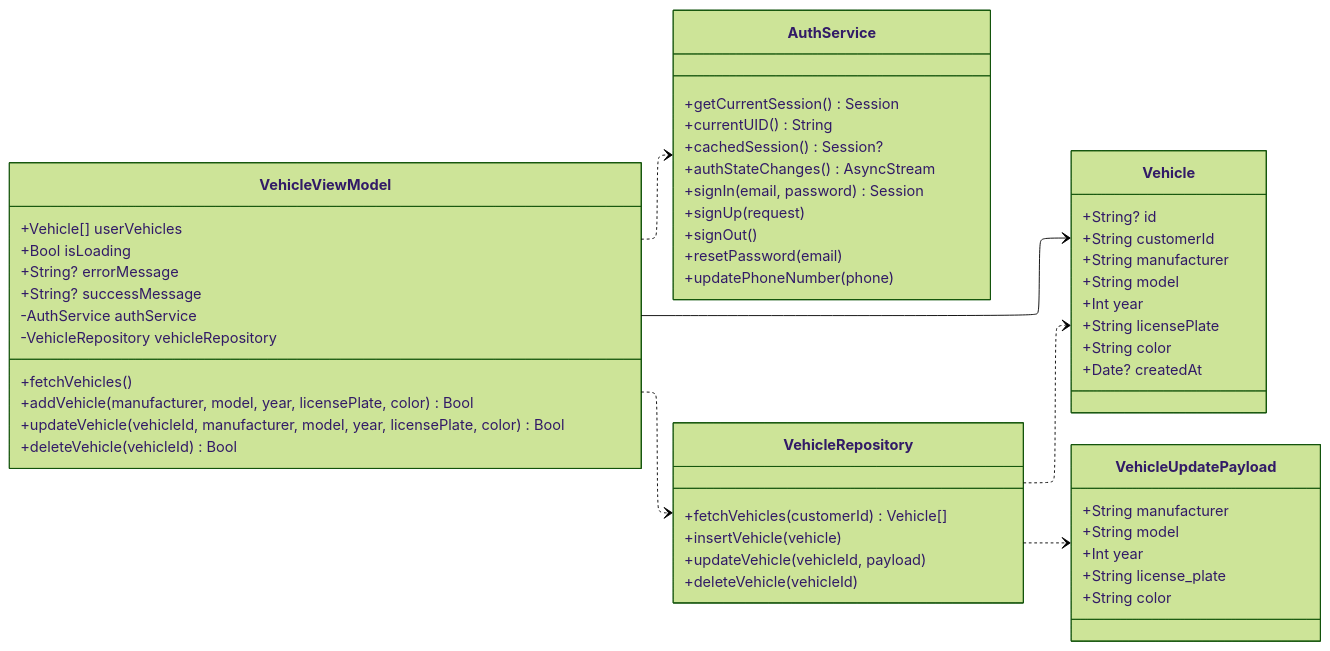
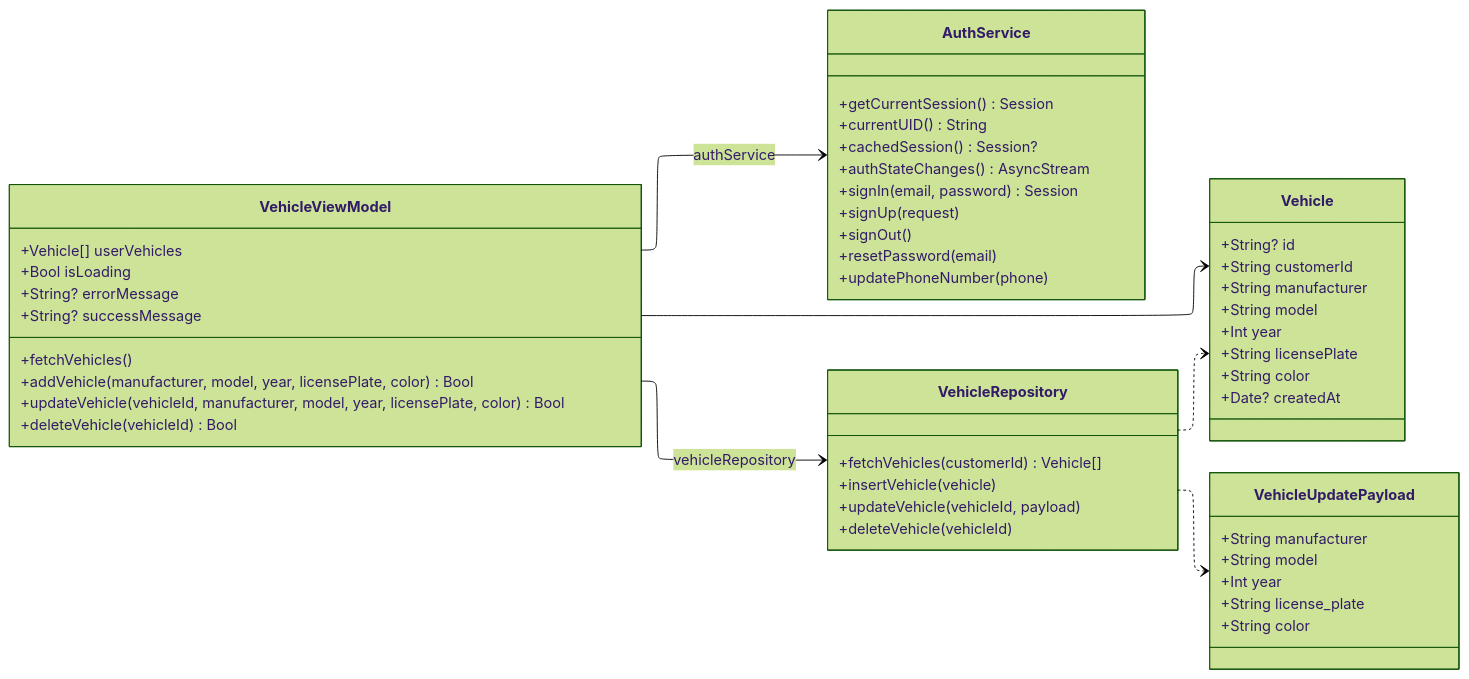
Before and after one commit to rei-soemanto/BengkelIn_SE: the third of 12 diagrams in diagram/feature-class-diagrams.md, drawn with Mermaid (forest theme). The commit also changed other lines of this file and 21 other files, not shown here.

Commit message:
more accurate class diagram

````diff
--- a/diagram/feature-class-diagrams.md
+++ b/diagram/feature-class-diagrams.md
@@ -202,65 +197,63 @@
 ```mermaid
 ---
 config:
   layout: elk
   elk:
     nodePlacementStrategy: LINEAR_SEGMENTS
     mergeEdges: false
 ---
 classDiagram
     direction LR
 
     class AuthService {
         +getCurrentSession() Session
         +currentUID() String
         +cachedSession() Session?
         +authStateChanges() AsyncStream
         +signIn(email, password) Session
         +signUp(request)
         +signOut()
         +resetPassword(email)
         +updatePhoneNumber(phone)
     }
     class VehicleRepository {
         +fetchVehicles(customerId) Vehicle[]
         +insertVehicle(vehicle)
         +updateVehicle(vehicleId, payload)
         +deleteVehicle(vehicleId)
     }
     class VehicleViewModel {
         +Vehicle[] userVehicles
         +Bool isLoading
         +String? errorMessage
         +String? successMessage
-        -AuthService authService
-        -VehicleRepository vehicleRepository
         +fetchVehicles()
         +addVehicle(manufacturer, model, year, licensePlate, color) Bool
         +updateVehicle(vehicleId, manufacturer, model, year, licensePlate, color) Bool
         +deleteVehicle(vehicleId) Bool
     }
     class Vehicle {
         +String? id
         +String customerId
         +String manufacturer
         +String model
         +Int year
         +String licensePlate
         +String color
         +Date? createdAt
     }
     class VehicleUpdatePayload {
         +String manufacturer
         +String model
         +Int year
         +String license_plate
         +String color
     }
 
-    VehicleViewModel ..> AuthService
-    VehicleViewModel ..> VehicleRepository
+    VehicleViewModel --> AuthService : authService
+    VehicleViewModel --> VehicleRepository : vehicleRepository
     VehicleViewModel --> Vehicle
     VehicleRepository ..> Vehicle
     VehicleRepository ..> VehicleUpdatePayload
 
 ```
````
